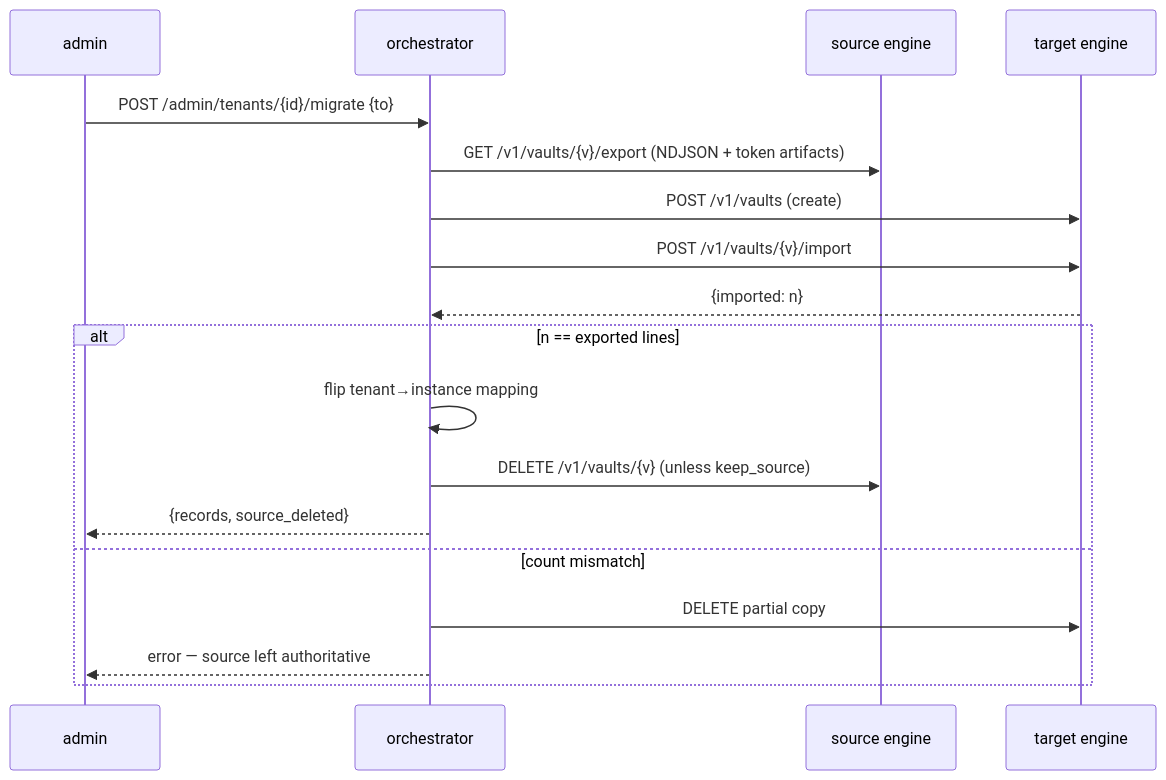
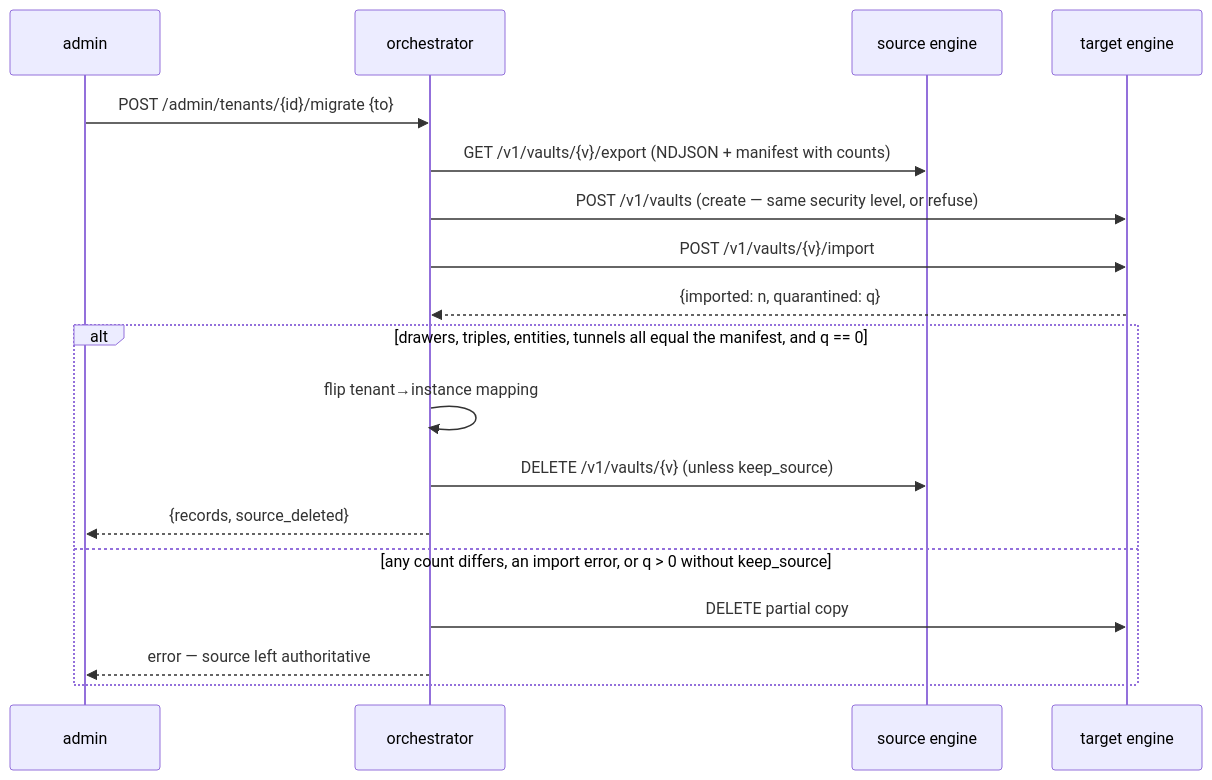
Before and after one commit to sealcroft/undercroft: the third of 3 diagrams in docs/MULTI_TENANCY.md, drawn with Mermaid. The commit also changed other lines of this file and 78 other files, not shown here.

First line of the commit message:
the three diagram sets described a different engine — audited against the code, corrected, and ten views added

````diff
--- a/docs/MULTI_TENANCY.md
+++ b/docs/MULTI_TENANCY.md
@@ -397,20 +398,20 @@
 ```mermaid
 sequenceDiagram
     participant A as admin
     participant O as orchestrator
     participant S as source engine
     participant D as target engine
     A->>O: POST /admin/tenants/{id}/migrate {to}
-    O->>S: GET /v1/vaults/{v}/export (NDJSON + token artifacts)
-    O->>D: POST /v1/vaults (create)
+    O->>S: GET /v1/vaults/{v}/export (NDJSON + manifest with counts)
+    O->>D: POST /v1/vaults (create — same security level, or refuse)
     O->>D: POST /v1/vaults/{v}/import
-    D-->>O: {imported: n}
-    alt n == exported lines
+    D-->>O: {imported: n, quarantined: q}
+    alt drawers, triples, entities, tunnels all equal the manifest, and q == 0
         O->>O: flip tenant→instance mapping
         O->>S: DELETE /v1/vaults/{v} (unless keep_source)
         O-->>A: {records, source_deleted}
-    else count mismatch
+    else any count differs, an import error, or q > 0 without keep_source
         O->>D: DELETE partial copy
         O-->>A: error — source left authoritative
     end
 ```
````
